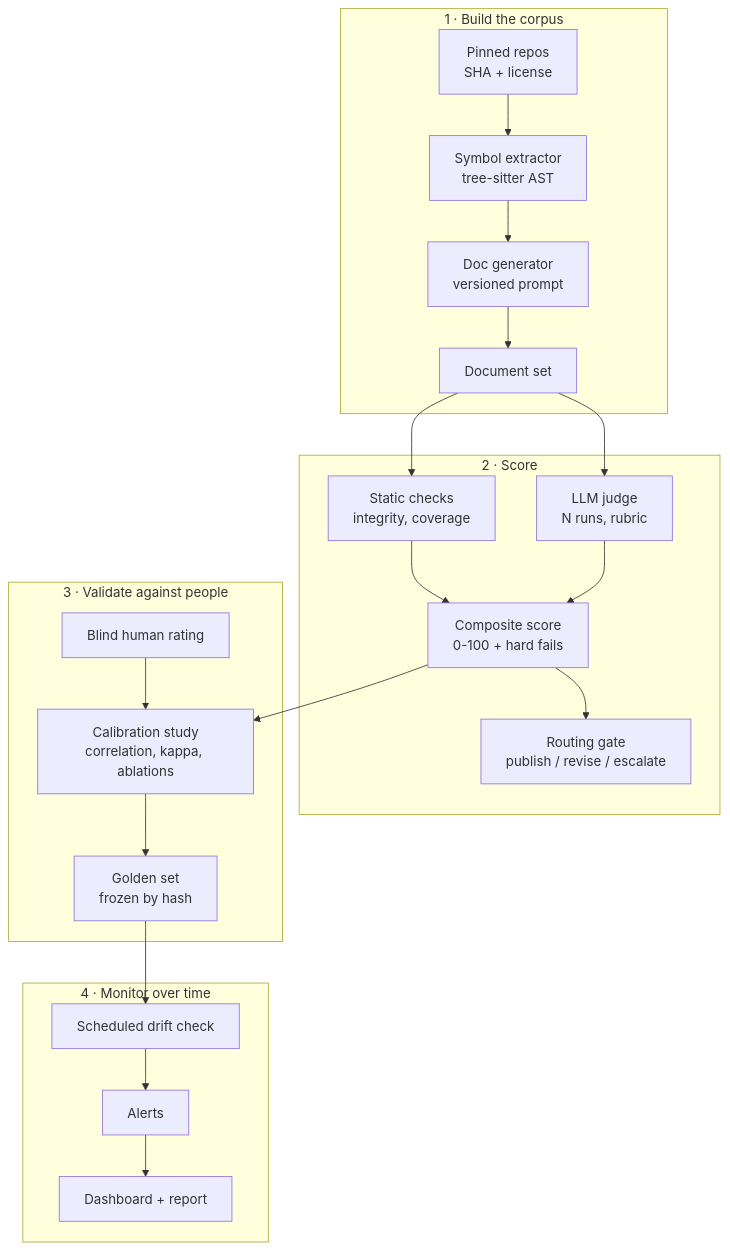
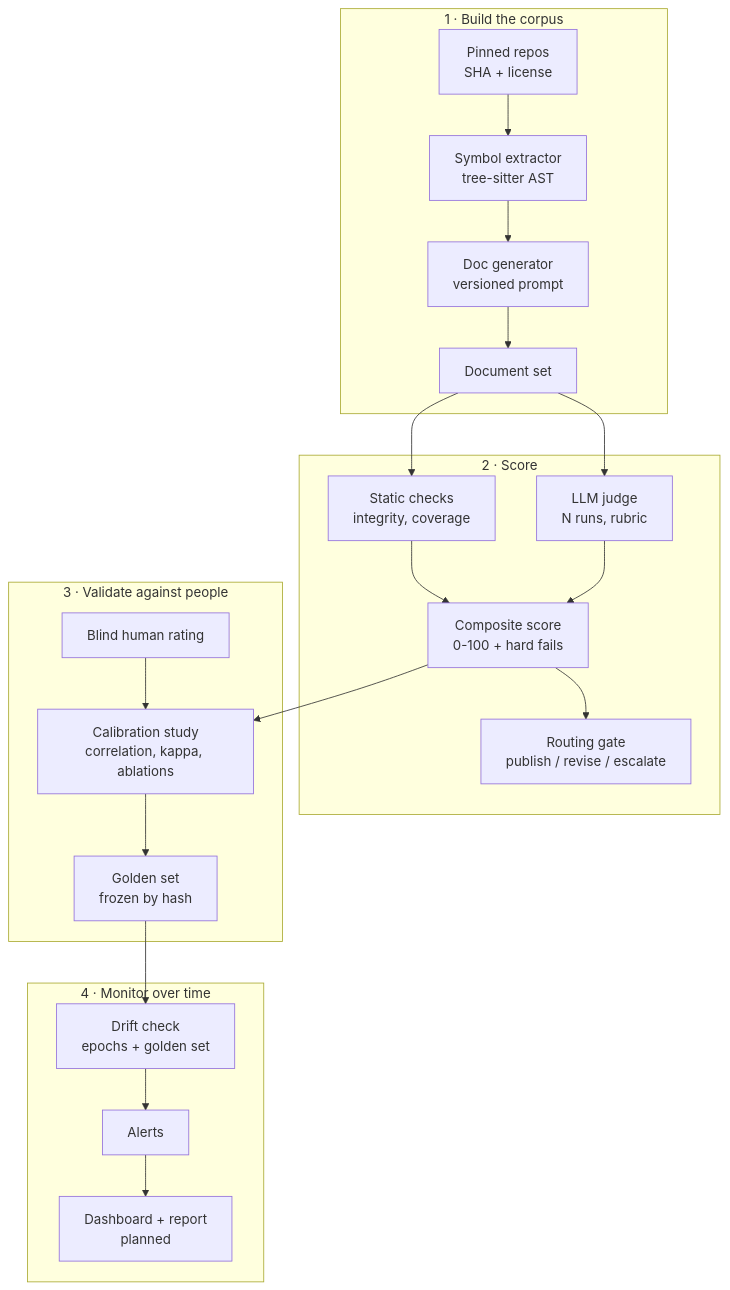
One commit to salgue441/assay changed the diagram in README.md. Above: the diagram before and after it, drawn with Mermaid. The commit also changed other lines of this file, not shown here.

````diff
--- a/README.md
+++ b/README.md
@@ -23,20 +23,20 @@
 ```mermaid
 flowchart TD
     subgraph B["1 · Build the corpus"]
         R[Pinned repos<br/>SHA + license] --> X[Symbol extractor<br/>tree-sitter AST] --> G[Doc generator<br/>versioned prompt] --> D[Document set]
     end
     subgraph S["2 · Score"]
         C1[Static checks<br/>integrity, coverage] --> CS[Composite score<br/>0-100 + hard fails]
         J[LLM judge<br/>N runs, rubric] --> CS --> RG[Routing gate<br/>publish / revise / escalate]
     end
     subgraph V["3 · Validate against people"]
         H[Blind human rating] --> CAL[Calibration study<br/>correlation, kappa, ablations] --> GS[Golden set<br/>frozen by hash]
     end
     subgraph M["4 · Monitor over time"]
-        DR[Scheduled drift check] --> AL[Alerts] --> DB[Dashboard + report]
+        DR[Drift check<br/>epochs + golden set] --> AL[Alerts] --> DB[Dashboard + report<br/>planned]
     end
     D --> C1
     D --> J
     CS --> CAL
     GS --> DR
 ```
````
